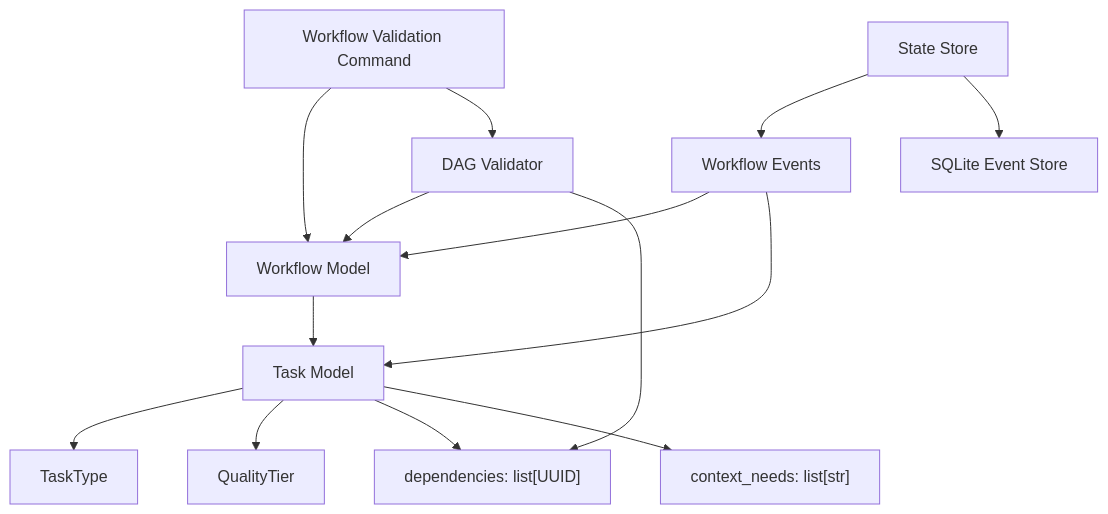
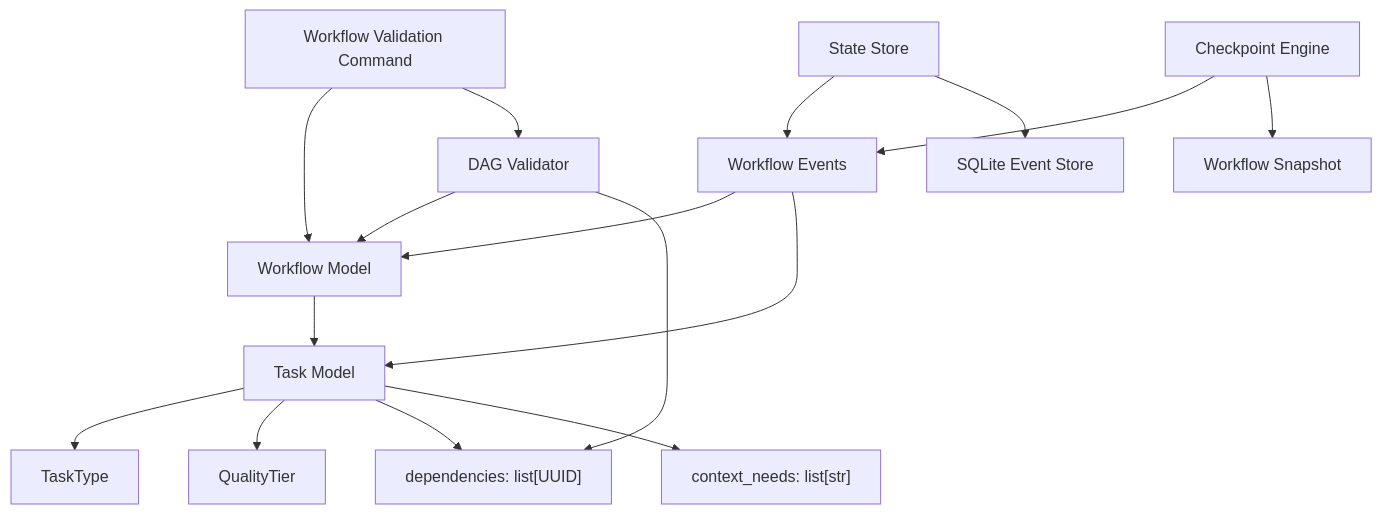
The diagram in docs/05_Components.md (knishkarora/Ather-OS), drawn with Mermaid before and after one commit. The commit also changed other lines of this file and 20 other files, not shown here.

````diff
--- a/docs/05_Components.md
+++ b/docs/05_Components.md
@@ -139,16 +151,18 @@
 ```mermaid
 flowchart TD
     Workflow["Workflow Model"] --> Task["Task Model"]
     Task --> TaskType["TaskType"]
     Task --> QualityTier["QualityTier"]
     Task --> Dependencies["dependencies: list[UUID]"]
     Task --> ContextNeeds["context_needs: list[str]"]
     Validator["DAG Validator"] --> Workflow
     Validator --> Dependencies
     Command["Workflow Validation Command"] --> Workflow
     Command --> Validator
     StateStore["State Store"] --> Events["Workflow Events"]
     StateStore --> SQLite["SQLite Event Store"]
     Events --> Workflow
     Events --> Task
+    Checkpoint["Checkpoint Engine"] --> Events
+    Checkpoint --> Snapshot["Workflow Snapshot"]
 ```
````
